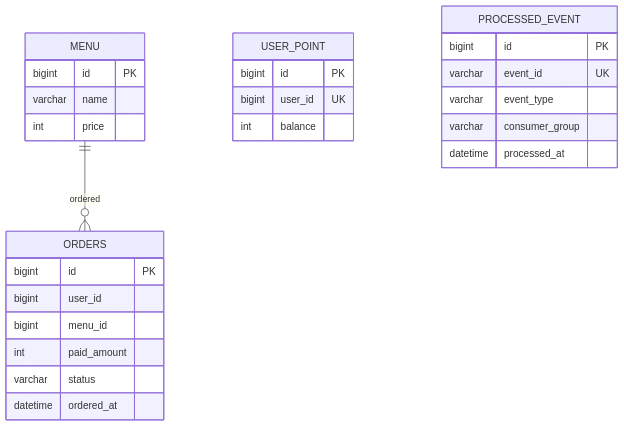
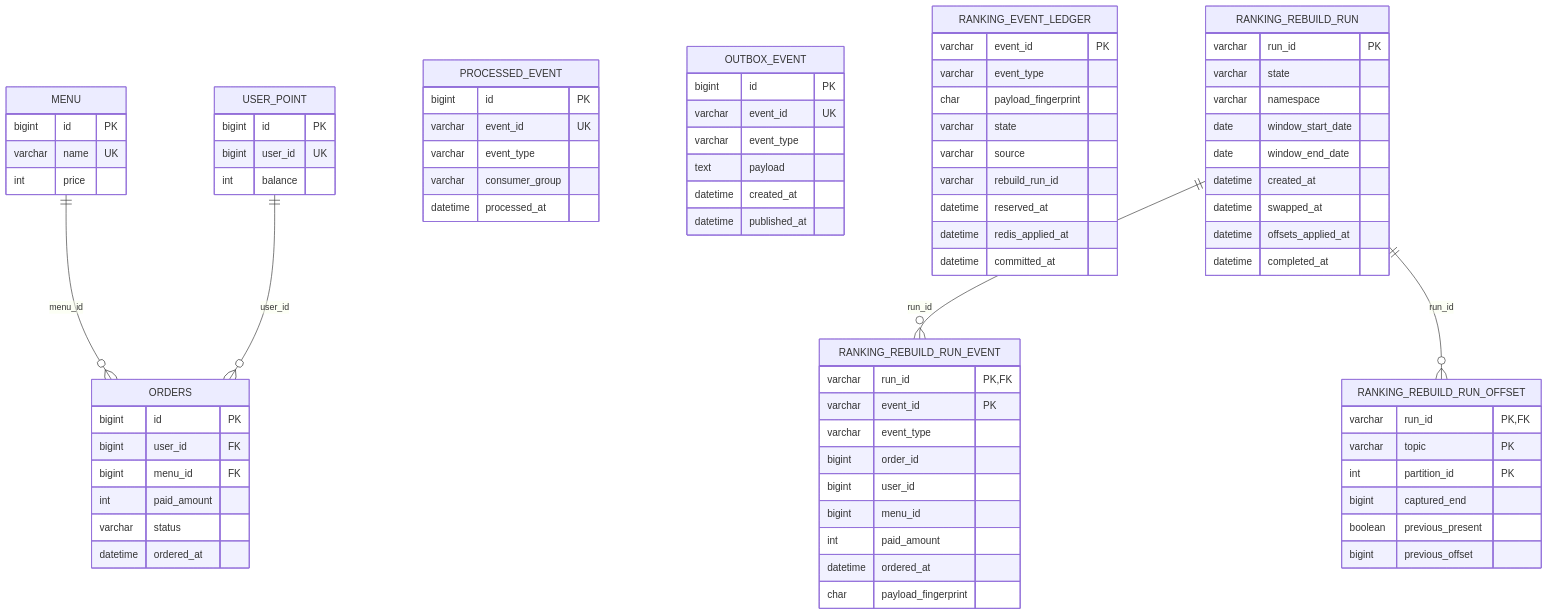
Before and after one commit to namdongyeob/coffee-order-system: the diagram in docs/db/erd.md, drawn with Mermaid. The commit also changed other lines of this file and 4 other files, not shown here.

````diff
--- a/docs/db/erd.md
+++ b/docs/db/erd.md
@@ -3,29 +5,82 @@
 ```mermaid
 erDiagram
     MENU {
         bigint id PK
-        varchar name
+        varchar name UK
         int price
     }
     USER_POINT {
         bigint id PK
         bigint user_id UK
         int balance
     }
     ORDERS {
         bigint id PK
-        bigint user_id
-        bigint menu_id
+        bigint user_id FK
+        bigint menu_id FK
         int paid_amount
         varchar status
         datetime ordered_at
     }
     PROCESSED_EVENT {
         bigint id PK
         varchar event_id UK
         varchar event_type
         varchar consumer_group
         datetime processed_at
     }
-    MENU ||--o{ ORDERS : ordered
+    OUTBOX_EVENT {
+        bigint id PK
+        varchar event_id UK
+        varchar event_type
+        text payload
+        datetime created_at
+        datetime published_at
+    }
+    RANKING_EVENT_LEDGER {
+        varchar event_id PK
+        varchar event_type
+        char payload_fingerprint
+        varchar state
+        varchar source
+        varchar rebuild_run_id
+        datetime reserved_at
+        datetime redis_applied_at
+        datetime committed_at
+    }
+    RANKING_REBUILD_RUN {
+        varchar run_id PK
+        varchar state
+        varchar namespace
+        date window_start_date
+        date window_end_date
+        datetime created_at
+        datetime swapped_at
+        datetime offsets_applied_at
+        datetime completed_at
+    }
+    RANKING_REBUILD_RUN_EVENT {
+        varchar run_id PK,FK
+        varchar event_id PK
+        varchar event_type
+        bigint order_id
+        bigint user_id
+        bigint menu_id
+        int paid_amount
+        datetime ordered_at
+        char payload_fingerprint
+    }
+    RANKING_REBUILD_RUN_OFFSET {
+        varchar run_id PK,FK
+        varchar topic PK
+        int partition_id PK
+        bigint captured_end
+        boolean previous_present
+        bigint previous_offset
+    }
+
+    MENU ||--o{ ORDERS : menu_id
+    USER_POINT ||--o{ ORDERS : user_id
+    RANKING_REBUILD_RUN ||--o{ RANKING_REBUILD_RUN_EVENT : run_id
+    RANKING_REBUILD_RUN ||--o{ RANKING_REBUILD_RUN_OFFSET : run_id
 ```
````
